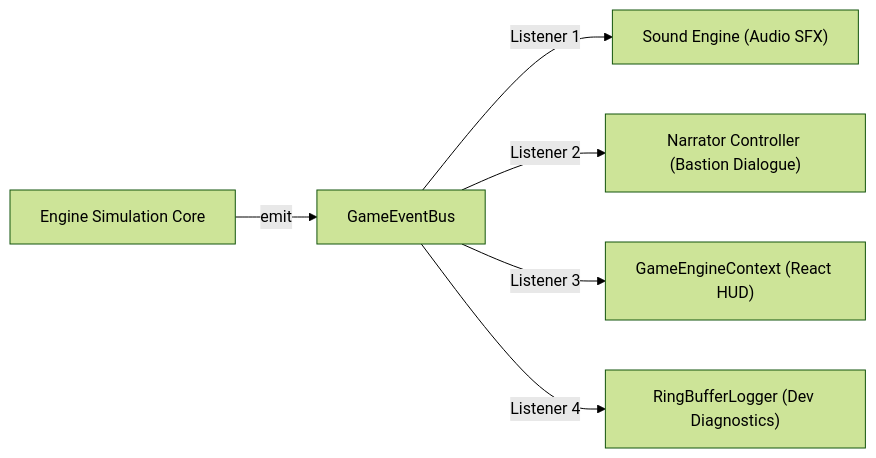
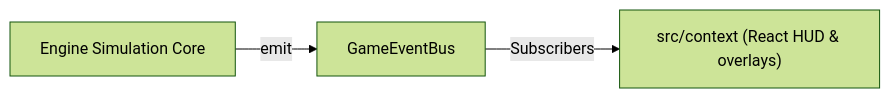
The second of 3 diagrams in docs/manifesto/ENGINEERING.md (beoArcha/oXyFlow.VibrantCastle), drawn with Mermaid (forest theme) before and after one commit. The commit also changed other lines of this file and 8 other files, not shown here.

````diff
--- a/docs/manifesto/ENGINEERING.md
+++ b/docs/manifesto/ENGINEERING.md
@@ -91,9 +120,6 @@
 ```mermaid
 graph LR
     EngineCore["Engine Simulation Core"] -->|emit| EventBus["GameEventBus"]
 
-    EventBus -->|Listener 1| Audio["Sound Engine (Audio SFX)"]
-    EventBus -->|Listener 2| Narrative["Narrator Controller (Bastion Dialogue)"]
-    EventBus -->|Listener 3| ReactContext["GameEngineContext (React HUD)"]
-    EventBus -->|Listener 4| Telemetry["RingBufferLogger (Dev Diagnostics)"]
+    EventBus -->|Subscribers| ReactContext["src/context (React HUD & overlays)"]
 ```
````
